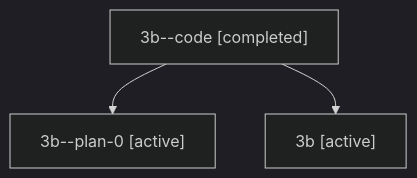
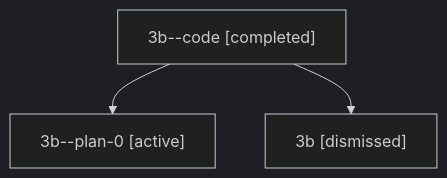
Before and after one commit to sase-org/sase--agents: the diagram in sessions/bbugyi200.athena.3b.md, drawn with Mermaid (dark theme). The commit also changed other lines of this file and 28 other files, not shown here.

````diff
--- a/sessions/bbugyi200.athena.3b.md
+++ b/sessions/bbugyi200.athena.3b.md
@@ -9,8 +9,8 @@
 ```mermaid
 flowchart TD
   n0["3b--code [completed]"]
   n1["3b--plan-0 [active]"]
   n0 --> n1
-  n2["3b [active]"]
+  n2["3b [dismissed]"]
   n0 --> n2
 ```
````
